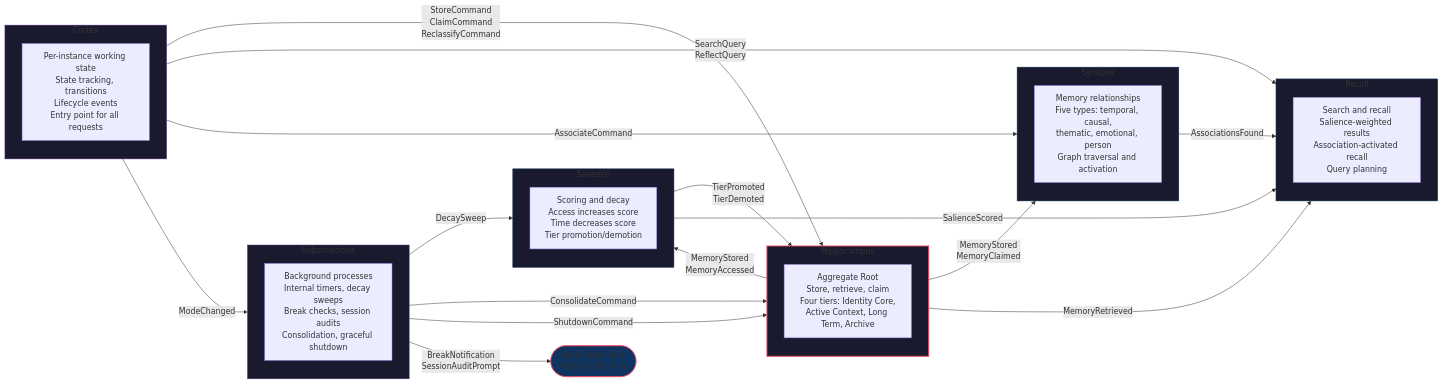
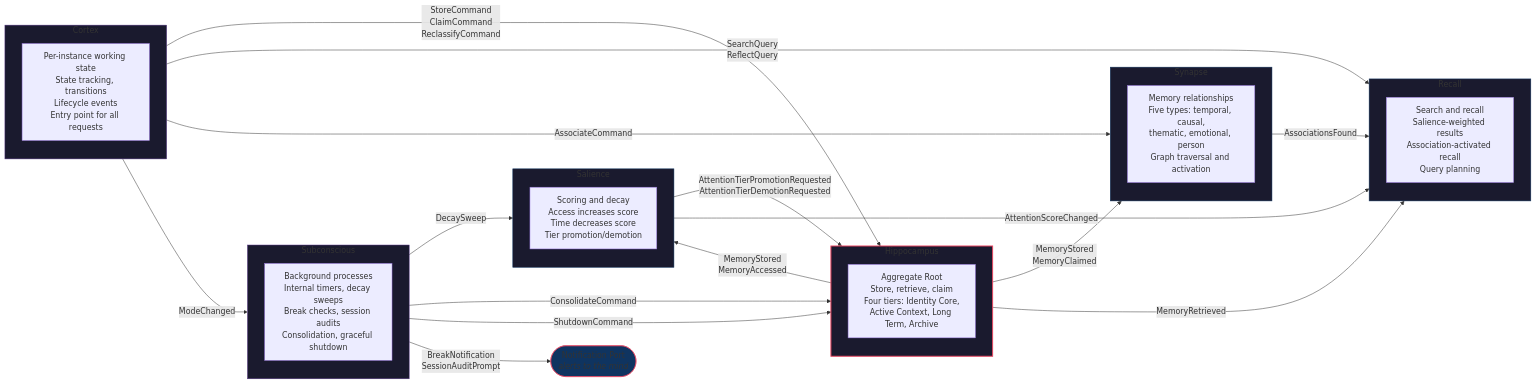
One commit to Mimis-Gildi/mcp-total-recall changed the diagram in site/_includes/diagrams/bc-0001-bounded-contexts.mmd. Above: the diagram before and after it, drawn with Mermaid. The commit also changed 34 other files, not shown here.

```diff
--- a/site/_includes/diagrams/bc-0001-bounded-contexts.mmd
+++ b/site/_includes/diagrams/bc-0001-bounded-contexts.mmd
@@ -1,49 +1,49 @@
 graph LR
     subgraph Hippocampus ["Hippocampus"]
         HP_DESC["Aggregate Root<br/>Store, retrieve, claim<br/>Four tiers: Identity Core,<br/>Active Context, Long Term, Archive"]
     end
 
     subgraph Synapse ["Synapse"]
         SY_DESC["Memory relationships<br/>Five types: temporal, causal,<br/>thematic, emotional, person<br/>Graph traversal and activation"]
     end
 
     subgraph Salience ["Salience"]
         SL_DESC["Scoring and decay<br/>Access increases score<br/>Time decreases score<br/>Tier promotion/demotion"]
     end
 
     subgraph Recall ["Recall"]
         RC_DESC["Search and recall<br/>Salience-weighted results<br/>Association-activated recall<br/>Query planning"]
     end
 
     subgraph Cortex ["Cortex"]
         CX_DESC["Per-instance working state<br/>State tracking, transitions<br/>Lifecycle events<br/>Entry point for all requests"]
     end
 
     subgraph Subconscious ["Subconscious"]
         SB_DESC["Background processes<br/>Internal timers, decay sweeps<br/>Break checks, session audits<br/>Consolidation, graceful shutdown"]
     end
 
     NP(["Notification Port<br/><i>alerts to the mind</i>"])
 
     Hippocampus -- "MemoryStored<br/>MemoryClaimed" --> Synapse
     Hippocampus -- "MemoryStored<br/>MemoryAccessed" --> Salience
-    Salience -- "TierPromoted<br/>TierDemoted" --> Hippocampus
+    Salience -- "AttentionTierPromotionRequested<br/>AttentionTierDemotionRequested" --> Hippocampus
     Synapse -- "AssociationsFound" --> Recall
-    Salience -- "SalienceScored" --> Recall
+    Salience -- "AttentionScoreChanged" --> Recall
     Hippocampus -- "MemoryRetrieved" --> Recall
     Cortex -- "StoreCommand<br/>ClaimCommand<br/>ReclassifyCommand" --> Hippocampus
     Cortex -- "SearchQuery<br/>ReflectQuery" --> Recall
     Cortex -- "AssociateCommand" --> Synapse
     Cortex -- "ModeChanged" --> Subconscious
     Subconscious -- "DecaySweep" --> Salience
     Subconscious -- "ConsolidateCommand" --> Hippocampus
     Subconscious -- "ShutdownCommand" --> Hippocampus
     Subconscious -- "BreakNotification<br/>SessionAuditPrompt" --> NP
 
     style Hippocampus fill:#1a1a2e,stroke:#e94560,stroke-width:2px
     style Synapse fill:#1a1a2e,stroke:#0f3460,stroke-width:1px
     style Salience fill:#1a1a2e,stroke:#0f3460,stroke-width:1px
     style Recall fill:#1a1a2e,stroke:#0f3460,stroke-width:1px
     style Cortex fill:#1a1a2e,stroke:#533483,stroke-width:1px
     style Subconscious fill:#1a1a2e,stroke:#533483,stroke-width:1px
     style NP fill:#0f3460,stroke:#e94560,stroke-width:1px
```
